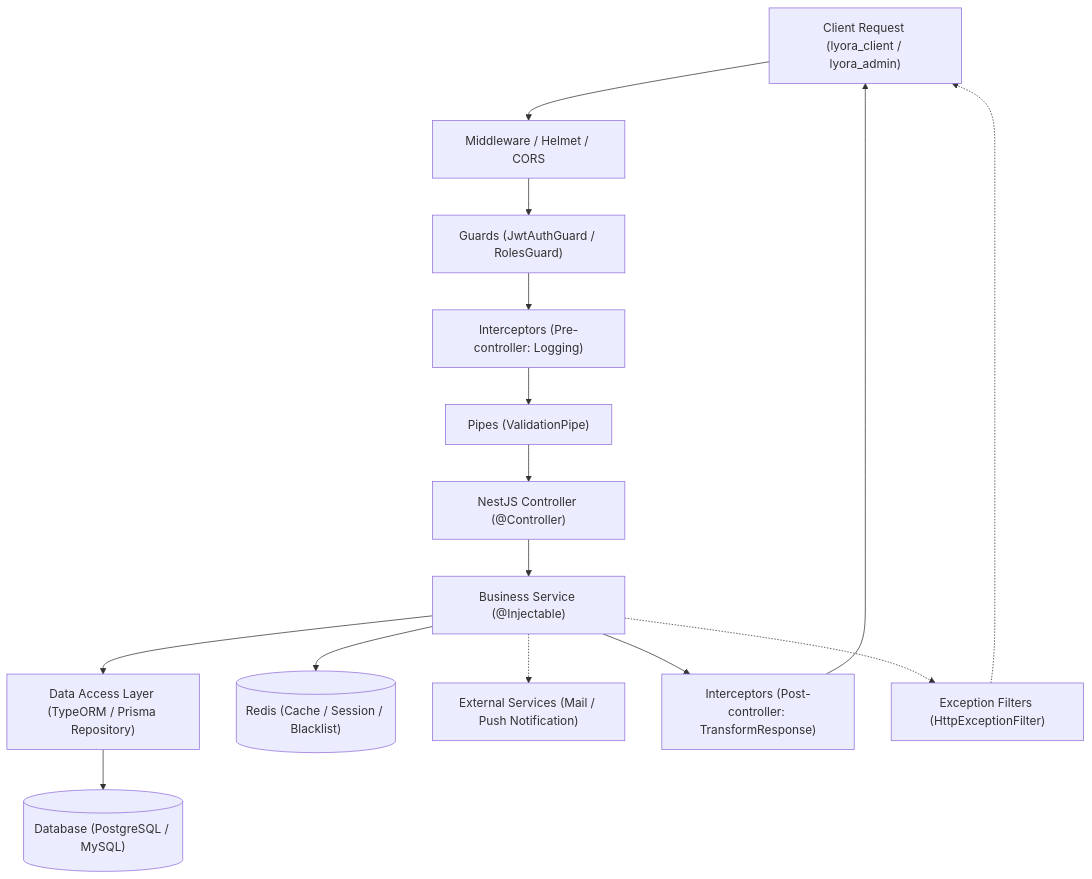
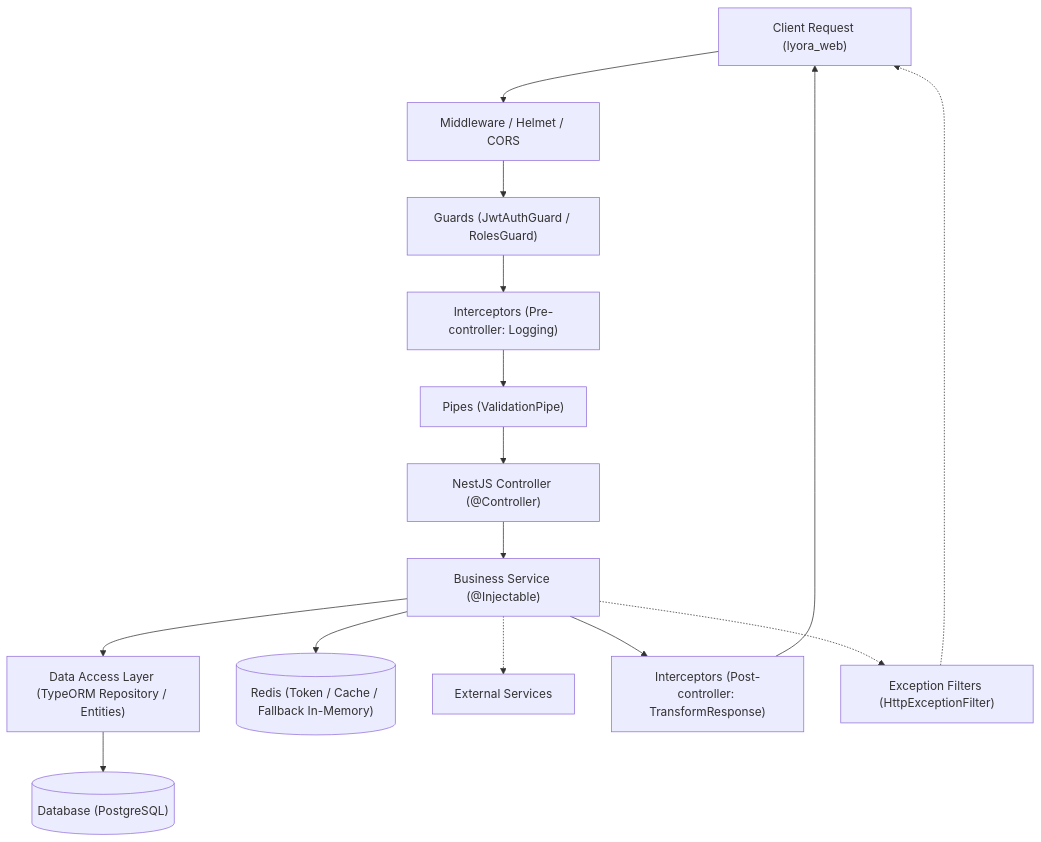
The diagram in architecture_backend/README.md (chuonghoai/Lyora), drawn with Mermaid before and after one commit. The commit also changed other lines of this file and 29 other files, not shown here.

Commit message:
chore: update skill and architecture sync with current source

````diff
--- a/architecture_backend/README.md
+++ b/architecture_backend/README.md
@@ -11,17 +11,17 @@
 ```mermaid
 graph TD
-    Client["Client Request (lyora_client / lyora_admin)"] --> Middleware["Middleware / Helmet / CORS"]
+    Client["Client Request (lyora_web)"] --> Middleware["Middleware / Helmet / CORS"]
     Middleware --> Guard["Guards (JwtAuthGuard / RolesGuard)"]
     Guard --> InterceptorPre["Interceptors (Pre-controller: Logging)"]
     InterceptorPre --> Pipe["Pipes (ValidationPipe)"]
     Pipe --> Controller["NestJS Controller (@Controller)"]
     Controller --> Service["Business Service (@Injectable)"]
-    Service --> DAL["Data Access Layer (TypeORM / Prisma Repository)"]
-    DAL --> Database[("Database (PostgreSQL / MySQL)")]
-    Service --> Redis[("Redis (Cache / Session / Blacklist)")]
-    Service -.-> External["External Services (Mail / Push Notification)"]
+    Service --> DAL["Data Access Layer (TypeORM Repository / Entities)"]
+    DAL --> Database[("Database (PostgreSQL)")]
+    Service --> Redis[("Redis (Token / Cache / Fallback In-Memory)")]
+    Service -.-> External["External Services"]
     Service --> InterceptorPost["Interceptors (Post-controller: TransformResponse)"]
     InterceptorPost --> Client
     Service -.-> ExceptionFilter["Exception Filters (HttpExceptionFilter)"]
     ExceptionFilter -.-> Client
 ```
````
